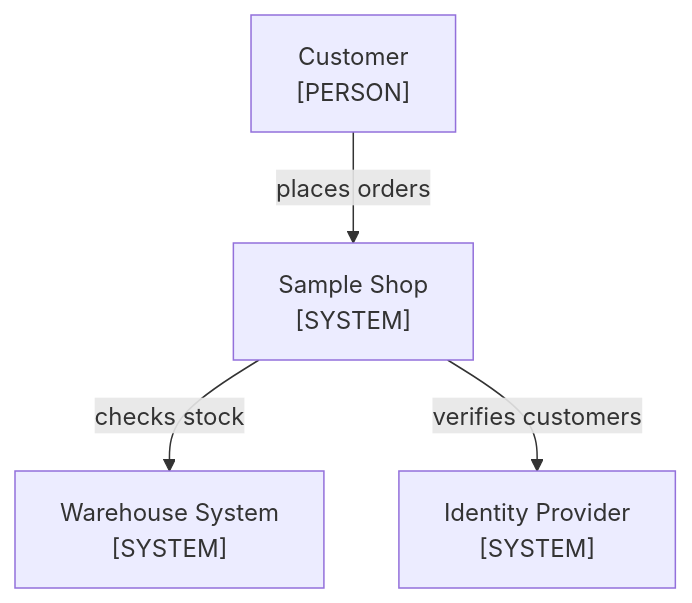
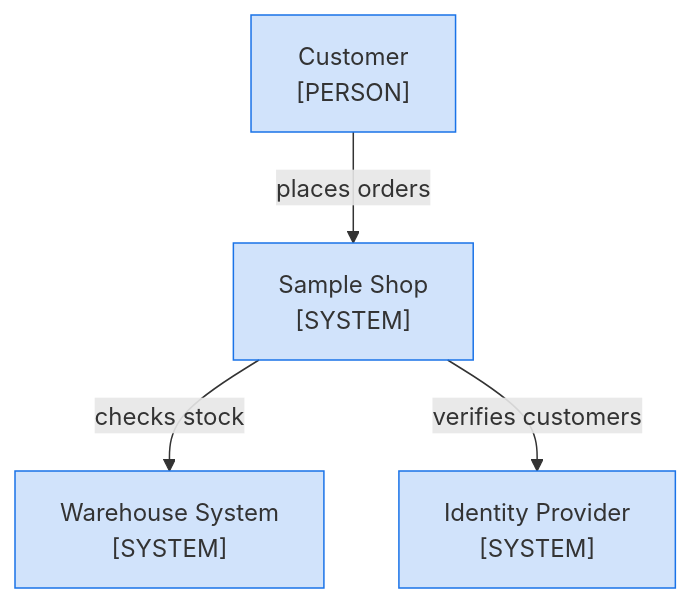
Before and after one commit to choonchernlim/skills: the diagram in skills/docsmith/scripts/fixtures/good/README.md, drawn with Mermaid. The commit also changed other lines of this file and 47 other files, not shown here.

First line of the commit message:
feat(docsmith): require owner colors, sequence owner bands, and docs domain folders

````diff
--- a/skills/docsmith/scripts/fixtures/good/README.md
+++ b/skills/docsmith/scripts/fixtures/good/README.md
@@ -17,11 +17,14 @@
 ```mermaid
 graph TD
   Customer["Customer<br/>[PERSON]"]
   Shop["Sample Shop<br/>[SYSTEM]"]
   Warehouse["Warehouse System<br/>[SYSTEM]"]
   Identity["Identity Provider<br/>[SYSTEM]"]
 
   Customer -->|"places orders"| Shop
   Shop -->|"checks stock"| Warehouse
   Shop -->|"verifies customers"| Identity
+
+  class Customer,Shop,Warehouse,Identity own
+  classDef own fill:#1a73e833,stroke:#1a73e8
 ```
````
